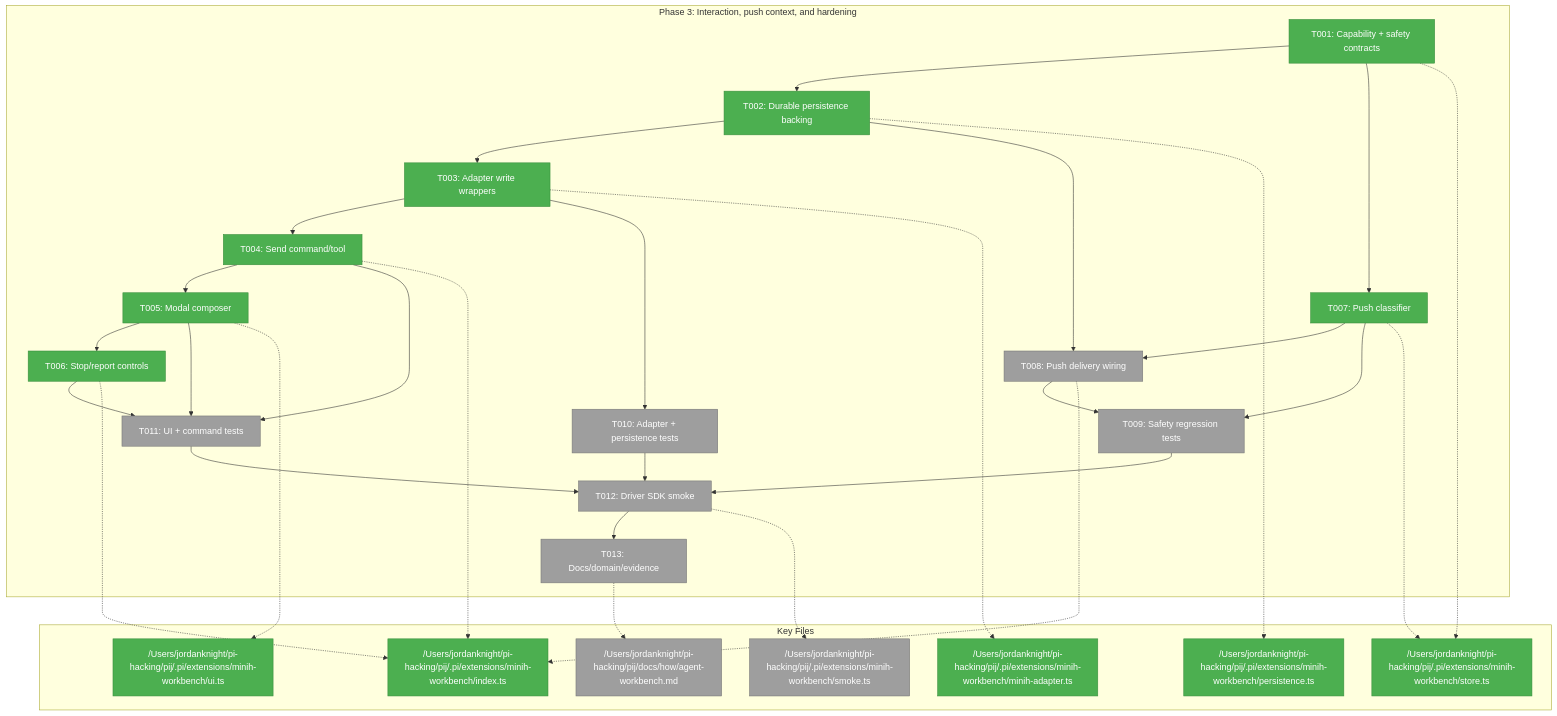
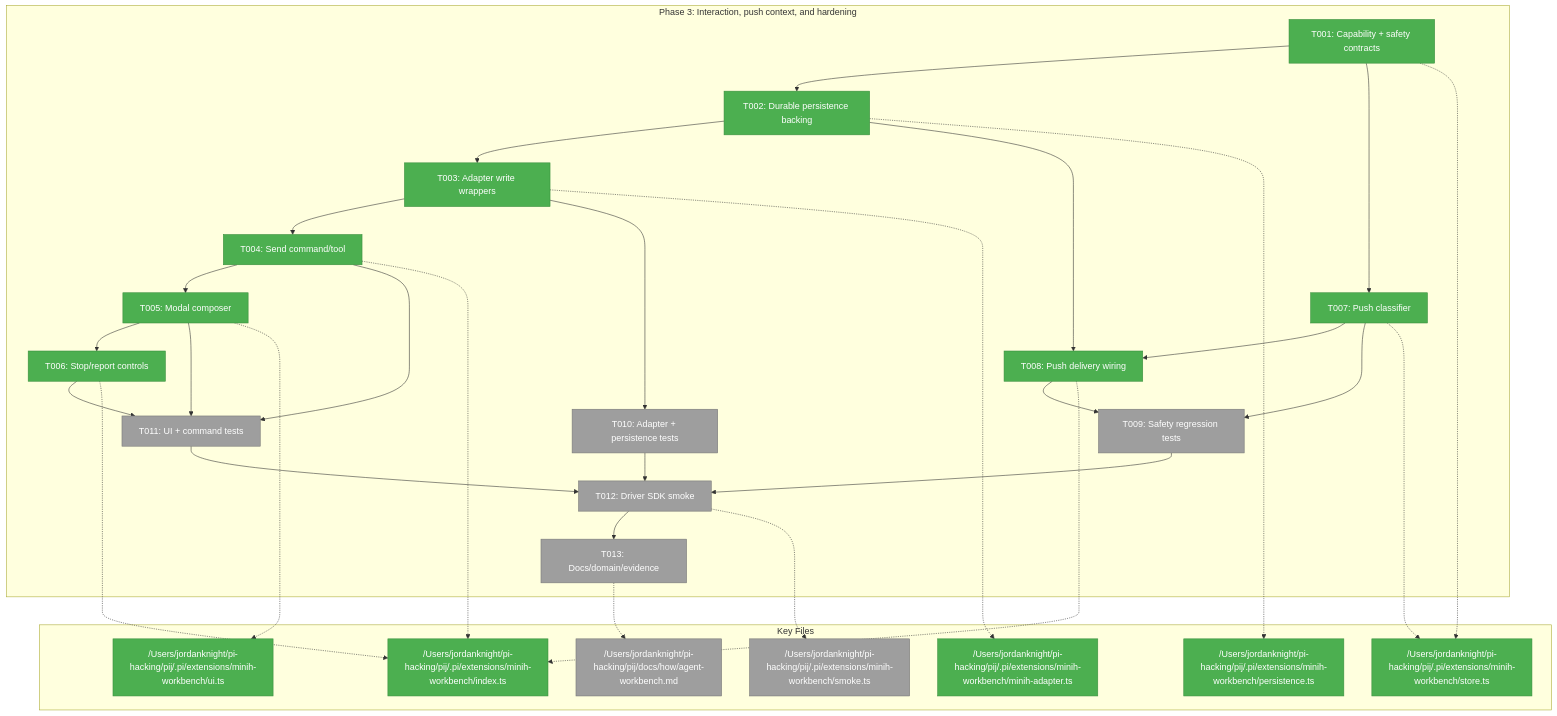
One commit to vaughanknight/pij changed the first of 3 diagrams in docs/plans/007-options-for-pi-extensions-that-do-subagents/tasks/phase-3-interaction-push-context-and-hardening/tasks.md. Above: the diagram before and after it, drawn with Mermaid. The commit also changed other lines of this file and 3 other files, not shown here.

````diff
--- a/docs/plans/007-options-for-pi-extensions-that-do-subagents/tasks/phase-3-interaction-push-context-and-hardening/tasks.md
+++ b/docs/plans/007-options-for-pi-extensions-that-do-subagents/tasks/phase-3-interaction-push-context-and-hardening/tasks.md
@@ -183,55 +183,55 @@
 ```mermaid
 flowchart TD
     classDef pending fill:#9E9E9E,stroke:#757575,color:#fff
     classDef inprogress fill:#FFC107,stroke:#FFA000,color:#000
     classDef completed fill:#4CAF50,stroke:#388E3C,color:#fff
 
     subgraph Phase["Phase 3: Interaction, push context, and hardening"]
         T001["T001: Capability + safety contracts"]:::completed
         T002["T002: Durable persistence backing"]:::completed
         T003["T003: Adapter write wrappers"]:::completed
         T004["T004: Send command/tool"]:::completed
         T005["T005: Modal composer"]:::completed
         T006["T006: Stop/report controls"]:::completed
         T007["T007: Push classifier"]:::completed
-        T008["T008: Push delivery wiring"]:::pending
+        T008["T008: Push delivery wiring"]:::completed
         T009["T009: Safety regression tests"]:::pending
         T010["T010: Adapter + persistence tests"]:::pending
         T011["T011: UI + command tests"]:::pending
         T012["T012: Driver SDK smoke"]:::pending
         T013["T013: Docs/domain/evidence"]:::pending
         T001 --> T002 --> T003 --> T004 --> T005 --> T006
         T001 --> T007 --> T008
         T002 --> T008
         T003 --> T010
         T004 --> T011
         T005 --> T011
         T006 --> T011
         T007 --> T009
         T008 --> T009
         T009 --> T012 --> T013
         T010 --> T012
         T011 --> T012
     end
 
     subgraph Files["Key Files"]
         F1["/Users/jordanknight/pi-hacking/pij/.pi/extensions/minih-workbench/store.ts"]:::completed
         F2["/Users/jordanknight/pi-hacking/pij/.pi/extensions/minih-workbench/persistence.ts"]:::completed
         F3["/Users/jordanknight/pi-hacking/pij/.pi/extensions/minih-workbench/minih-adapter.ts"]:::completed
         F4["/Users/jordanknight/pi-hacking/pij/.pi/extensions/minih-workbench/index.ts"]:::completed
         F5["/Users/jordanknight/pi-hacking/pij/.pi/extensions/minih-workbench/ui.ts"]:::completed
         F6["/Users/jordanknight/pi-hacking/pij/.pi/extensions/minih-workbench/smoke.ts"]:::pending
         F7["/Users/jordanknight/pi-hacking/pij/docs/how/agent-workbench.md"]:::pending
     end
 
     T001 -.-> F1
     T002 -.-> F2
     T003 -.-> F3
     T004 -.-> F4
     T005 -.-> F5
     T006 -.-> F4
     T007 -.-> F1
     T008 -.-> F4
     T012 -.-> F6
     T013 -.-> F7
 ```
````
